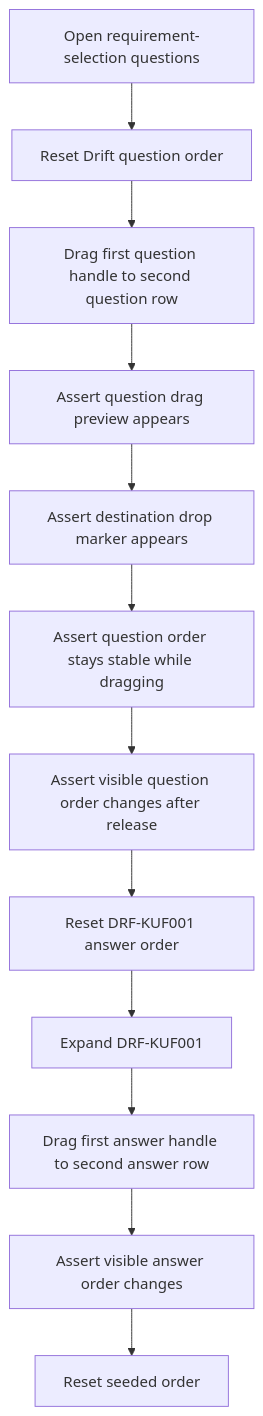
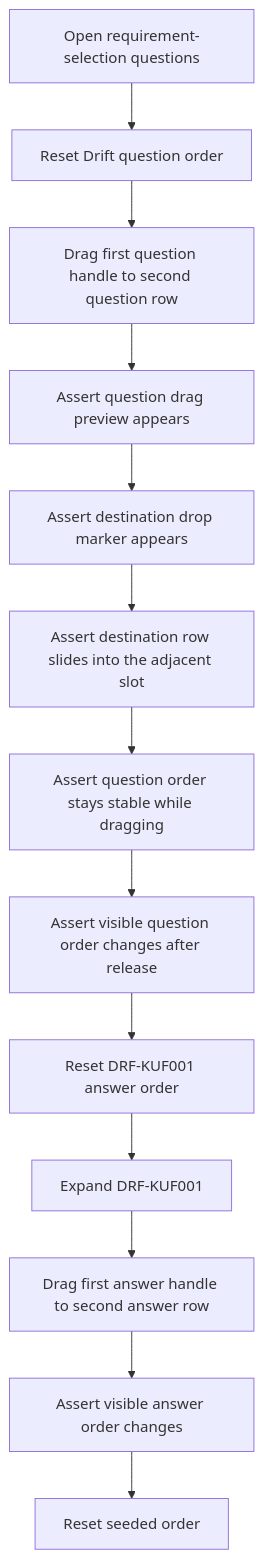
Before and after one commit to viscalyx/Kravhantering: the first of 2 diagrams in tests/integration/requirement-selection-answer-dnd.md, drawn with Mermaid. The commit also changed other lines of this file and 3 other files, not shown here.

Commit message:
feat: enhance drag-and-drop functionality for question rows with sliding animations and update related tests

````diff
--- a/tests/integration/requirement-selection-answer-dnd.md
+++ b/tests/integration/requirement-selection-answer-dnd.md
@@ -13,14 +14,15 @@
 ```mermaid
 flowchart TD
     A[Open requirement-selection questions] --> B[Reset Drift question order]
     B --> C[Drag first question handle to second question row]
     C --> D[Assert question drag preview appears]
     D --> E[Assert destination drop marker appears]
-    E --> F[Assert question order stays stable while dragging]
-    F --> G[Assert visible question order changes after release]
-    G --> H[Reset DRF-KUF001 answer order]
-    H --> I[Expand DRF-KUF001]
-    I --> J[Drag first answer handle to second answer row]
-    J --> K[Assert visible answer order changes]
-    K --> L[Reset seeded order]
+    E --> F[Assert destination row slides into the adjacent slot]
+    F --> G[Assert question order stays stable while dragging]
+    G --> H[Assert visible question order changes after release]
+    H --> I[Reset DRF-KUF001 answer order]
+    I --> J[Expand DRF-KUF001]
+    J --> K[Drag first answer handle to second answer row]
+    K --> L[Assert visible answer order changes]
+    L --> M[Reset seeded order]
 ```
````
